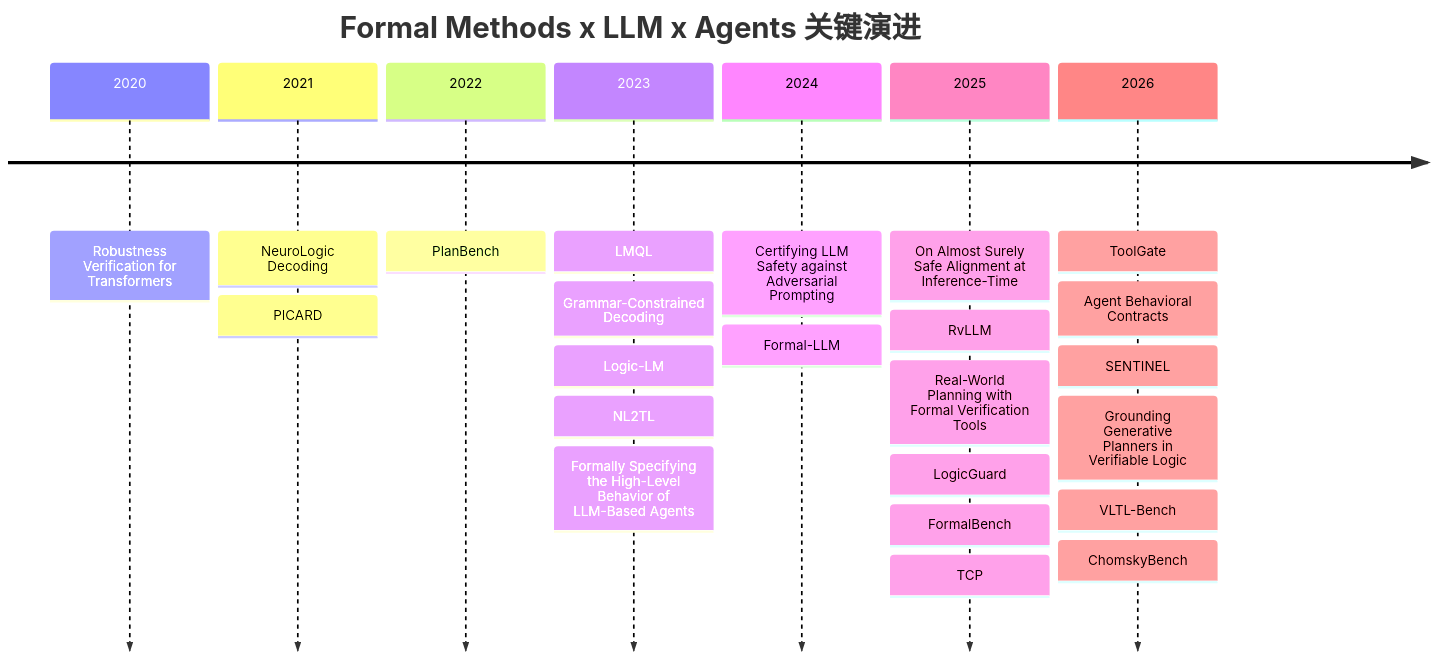
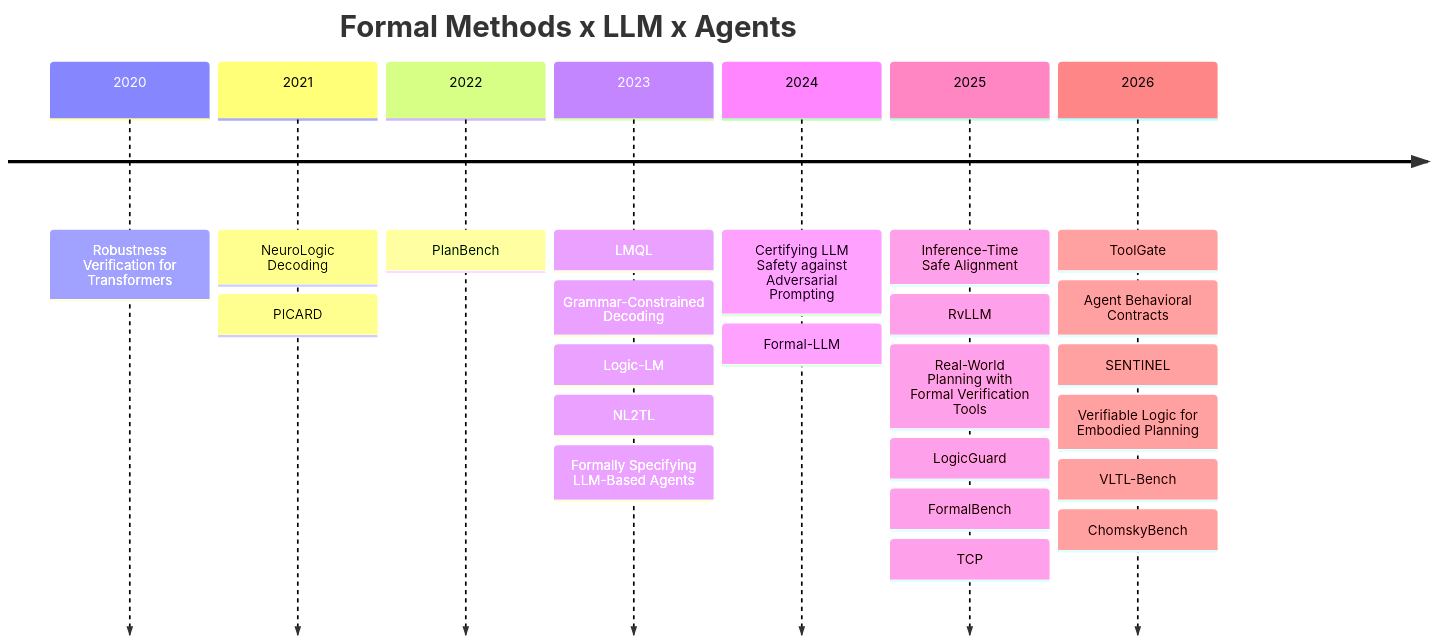
One commit to scnu-kevinkong/awesome-formal-llm-agents changed the first of 2 diagrams in README.md. Above: the diagram before and after it, drawn with Mermaid. The commit also changed other lines of this file, not shown here.

````diff
--- a/README.md
+++ b/README.md
@@ -34,27 +28,27 @@
 ```mermaid
 timeline
-    title Formal Methods x LLM x Agents 关键演进
+    title Formal Methods x LLM x Agents
     2020 : Robustness Verification for Transformers
     2021 : NeuroLogic Decoding
          : PICARD
     2022 : PlanBench
     2023 : LMQL
          : Grammar-Constrained Decoding
          : Logic-LM
          : NL2TL
-         : Formally Specifying the High-Level Behavior of LLM-Based Agents
+         : Formally Specifying LLM-Based Agents
     2024 : Certifying LLM Safety against Adversarial Prompting
          : Formal-LLM
-    2025 : On Almost Surely Safe Alignment at Inference-Time
+    2025 : Inference-Time Safe Alignment
          : RvLLM
          : Real-World Planning with Formal Verification Tools
          : LogicGuard
          : FormalBench
          : TCP
     2026 : ToolGate
          : Agent Behavioral Contracts
          : SENTINEL
-         : Grounding Generative Planners in Verifiable Logic
+         : Verifiable Logic for Embodied Planning
          : VLTL-Bench
          : ChomskyBench
 ```
````
